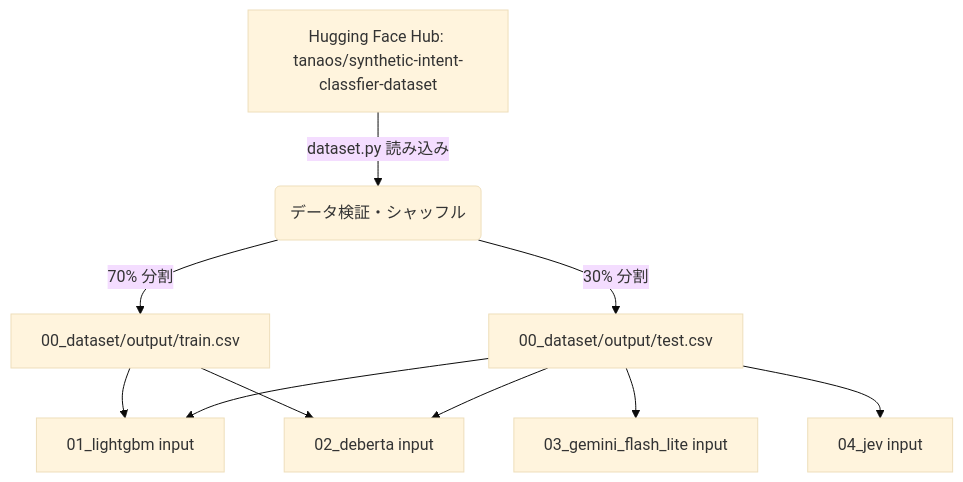
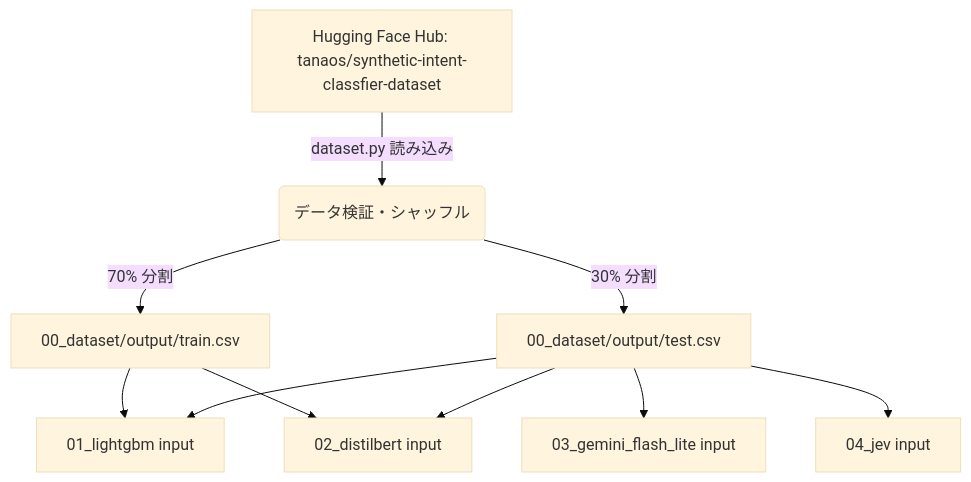
Before and after one commit to xxkuboxx/jev-eval: the diagram in docs/step0_implementation_plan.md, drawn with Mermaid (base theme). The commit also changed other lines of this file and 10 other files, not shown here.

````diff
--- a/docs/step0_implementation_plan.md
+++ b/docs/step0_implementation_plan.md
@@ -56,12 +56,12 @@
 ```mermaid
 graph TD
     A[Hugging Face Hub: tanaos/synthetic-intent-classfier-dataset] -->|dataset.py 読み込み| B(データ検証・シャッフル)
     B -->|70% 分割| C[00_dataset/output/train.csv]
     B -->|30% 分割| D[00_dataset/output/test.csv]
     C --> E[01_lightgbm input]
-    C --> F[02_deberta input]
+    C --> F[02_distilbert input]
     D --> E
     D --> F
     D --> G[03_gemini_flash_lite input]
     D --> H[04_jev input]
 ```
````
